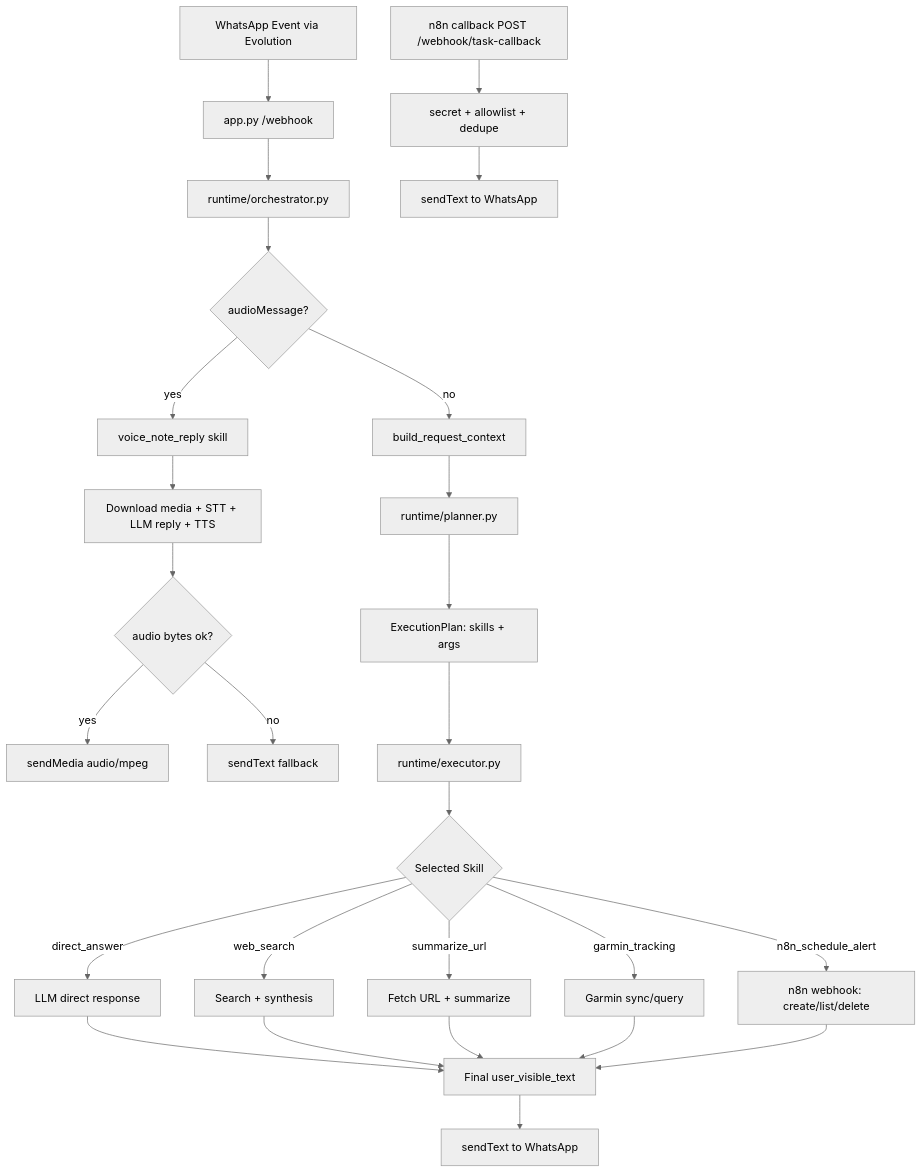
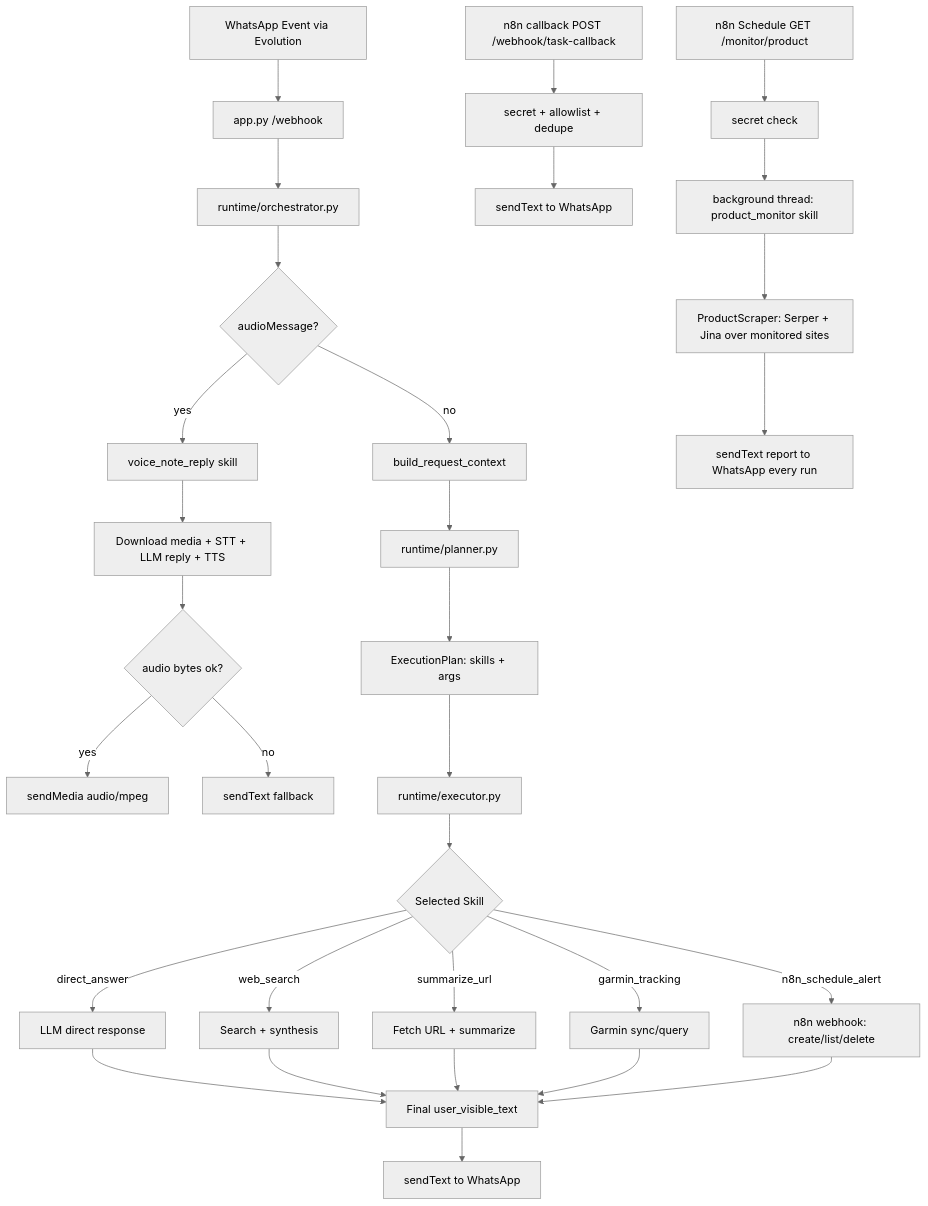
One commit to ricardotrevisan/travis-agent changed the diagram in README.md. Above: the diagram before and after it, drawn with Mermaid (neutral theme). The commit also changed other lines of this file and 9 other files, not shown here.

Commit message:
product monitor & route refueling stops fixed

````diff
--- a/README.md
+++ b/README.md
@@ -158,32 +159,37 @@
 ```mermaid
 flowchart TD
     A[WhatsApp Event via Evolution] --> B[app.py /webhook]
     B --> D[runtime/orchestrator.py]
 
     D --> E{audioMessage?}
     E -->|yes| V1[voice_note_reply skill]
     V1 --> V2[Download media + STT + LLM reply + TTS]
     V2 --> V3{audio bytes ok?}
     V3 -->|yes| V4[sendMedia audio/mpeg]
     V3 -->|no| V5[sendText fallback]
 
     E -->|no| F[build_request_context]
     F --> G[runtime/planner.py]
     G --> H[ExecutionPlan: skills + args]
     H --> I[runtime/executor.py]
     I --> J{Selected Skill}
     J -->|direct_answer| S1[LLM direct response]
     J -->|web_search| S2[Search + synthesis]
     J -->|summarize_url| S3[Fetch URL + summarize]
     J -->|garmin_tracking| S4[Garmin sync/query]
     J -->|n8n_schedule_alert| S5[n8n webhook: create/list/delete]
     S1 --> K[Final user_visible_text]
     S2 --> K
     S3 --> K
     S4 --> K
     S5 --> K
     K --> M[sendText to WhatsApp]
 
     N[n8n callback POST /webhook/task-callback] --> O[secret + allowlist + dedupe]
     O --> P[sendText to WhatsApp]
+
+    Q[n8n Schedule GET /monitor/product] --> R[secret check]
+    R --> T[background thread: product_monitor skill]
+    T --> U[ProductScraper: Serper + Jina over monitored sites]
+    U --> W[sendText report to WhatsApp every run]
 ```
````
